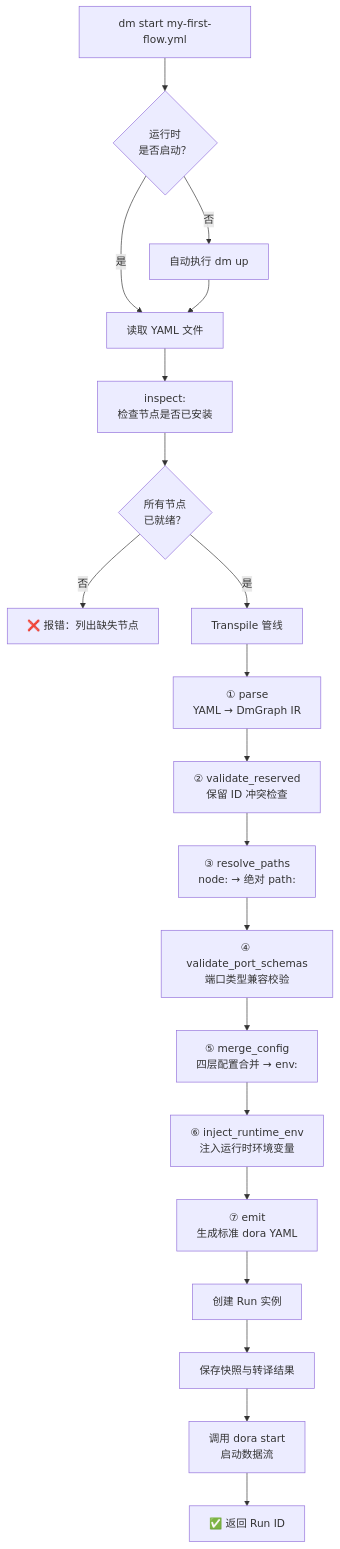
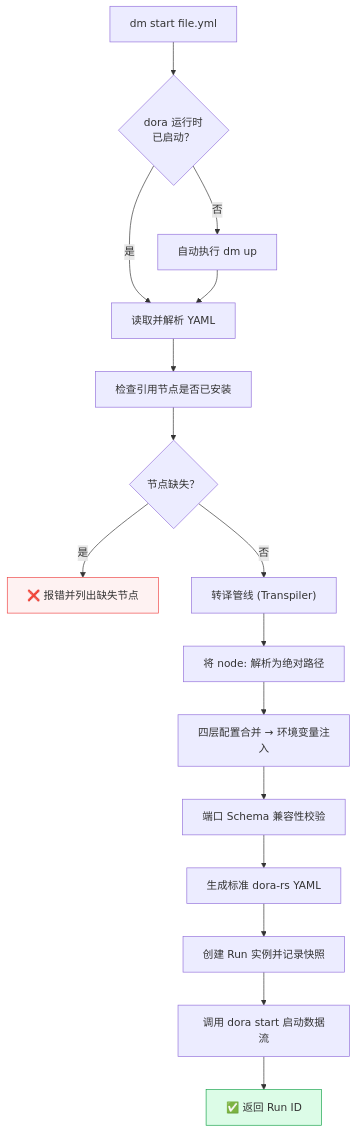
The third of 3 diagrams in wiki/zh/02-quickstart.md (l1veIn/dora-manager), drawn with Mermaid before and after one commit. The commit also changed other lines of this file and 99 other files, not shown here.

````diff
--- a/wiki/zh/02-quickstart.md
+++ b/wiki/zh/02-quickstart.md
@@ -249,24 +174,21 @@
 ```mermaid
 flowchart TD
-    A["dm start my-first-flow.yml"] --> B{"运行时<br/>是否启动？"}
+    A["dm start file.yml"] --> B{"dora 运行时<br/>已启动？"}
     B -- 否 --> C["自动执行 dm up"]
-    B -- 是 --> D["读取 YAML 文件"]
+    B -- 是 --> D["读取并解析 YAML"]
     C --> D
-    D --> E["inspect:<br/>检查节点是否已安装"]
-    E --> F{"所有节点<br/>已就绪？"}
-    F -- 否 --> G["❌ 报错：列出缺失节点"]
-    F -- 是 --> H["Transpile 管线"]
-    
-    H --> H1["① parse<br/>YAML → DmGraph IR"]
-    H1 --> H2["② validate_reserved<br/>保留 ID 冲突检查"]
-    H2 --> H3["③ resolve_paths<br/>node: → 绝对 path:"]
-    H3 --> H4["④ validate_port_schemas<br/>端口类型兼容校验"]
-    H4 --> H5["⑤ merge_config<br/>四层配置合并 → env:"]
-    H5 --> H6["⑥ inject_runtime_env<br/>注入运行时环境变量"]
-    H6 --> H7["⑦ emit<br/>生成标准 dora YAML"]
-    
-    H7 --> I["创建 Run 实例"]
-    I --> J["保存快照与转译结果"]
-    J --> K["调用 dora start<br/>启动数据流"]
-    K --> L["✅ 返回 Run ID"]
+    D --> E["检查引用节点是否已安装"]
+    E --> F{"节点缺失？"}
+    F -- 是 --> G["❌ 报错并列出缺失节点"]
+    F -- 否 --> H["转译管线 (Transpiler)"]
+    H --> H1["将 node: 解析为绝对路径"]
+    H1 --> H2["四层配置合并 → 环境变量注入"]
+    H2 --> H3["端口 Schema 兼容性校验"]
+    H3 --> H4["生成标准 dora-rs YAML"]
+    H4 --> I["创建 Run 实例并记录快照"]
+    I --> J["调用 dora start 启动数据流"]
+    J --> K["✅ 返回 Run ID"]
+
+    style G fill:#fef2f2,stroke:#ef4444
+    style K fill:#dcfce7,stroke:#16a34a
 ```
````
